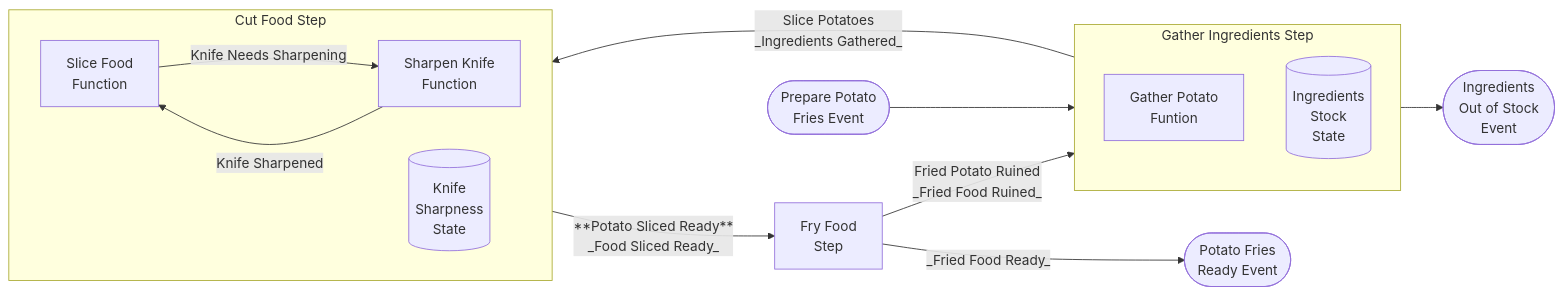
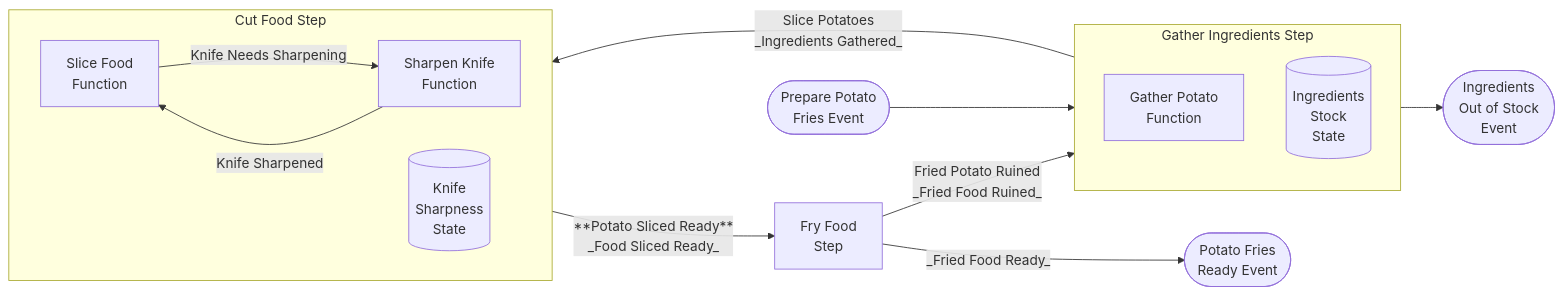
The seventh of 9 diagrams in dotnet/samples/GettingStartedWithProcesses/README.md (microsoft/semantic-kernel), drawn with Mermaid before and after one commit. The commit also changed other lines of this file and 1 other file, not shown here.

````diff
--- a/dotnet/samples/GettingStartedWithProcesses/README.md
+++ b/dotnet/samples/GettingStartedWithProcesses/README.md
@@ -158,29 +158,29 @@
 ``` mermaid
 flowchart LR
     PreparePotatoFriesEvent([Prepare Potato <br/> Fries Event])
     PotatoFriesReadyEvent([Potato Fries <br/> Ready Event])
     OutOfStock([Ingredients <br/> Out of Stock <br/> Event])
 
     FryStep[Fry Food <br/> Step]
 
     subgraph GatherIngredientsStep[Gather Ingredients Step]
-        GatherIngredientsFunction[Gather Potato <br/> Funtion]
+        GatherIngredientsFunction[Gather Potato <br/> Function]
         IngredientsState[(Ingredients <br/> Stock <br/> State)]
     end
     subgraph CutStep ["Cut Food Step"]
         direction LR
         SliceFoodFunction[Slice Food <br/> Function]
         SharpenKnifeFunction[Sharpen Knife <br/> Function]
         CutState[(Knife <br/> Sharpness <br/> State)]
     end
     
     CutStep --> |**Potato Sliced Ready** <br/> _Food Sliced Ready_ | FryStep --> |_Fried Food Ready_|PotatoFriesReadyEvent
     FryStep -->|Fried Potato Ruined <br/> _Fried Food Ruined_| GatherIngredientsStep
     GatherIngredientsStep --> OutOfStock
     
     SliceFoodFunction --> |Knife Needs Sharpening| SharpenKnifeFunction
     SharpenKnifeFunction --> |Knife Sharpened| SliceFoodFunction
 
     GatherIngredientsStep -->| Slice Potatoes <br/> _Ingredients Gathered_ | CutStep
     PreparePotatoFriesEvent --> GatherIngredientsStep 
 ```
````
